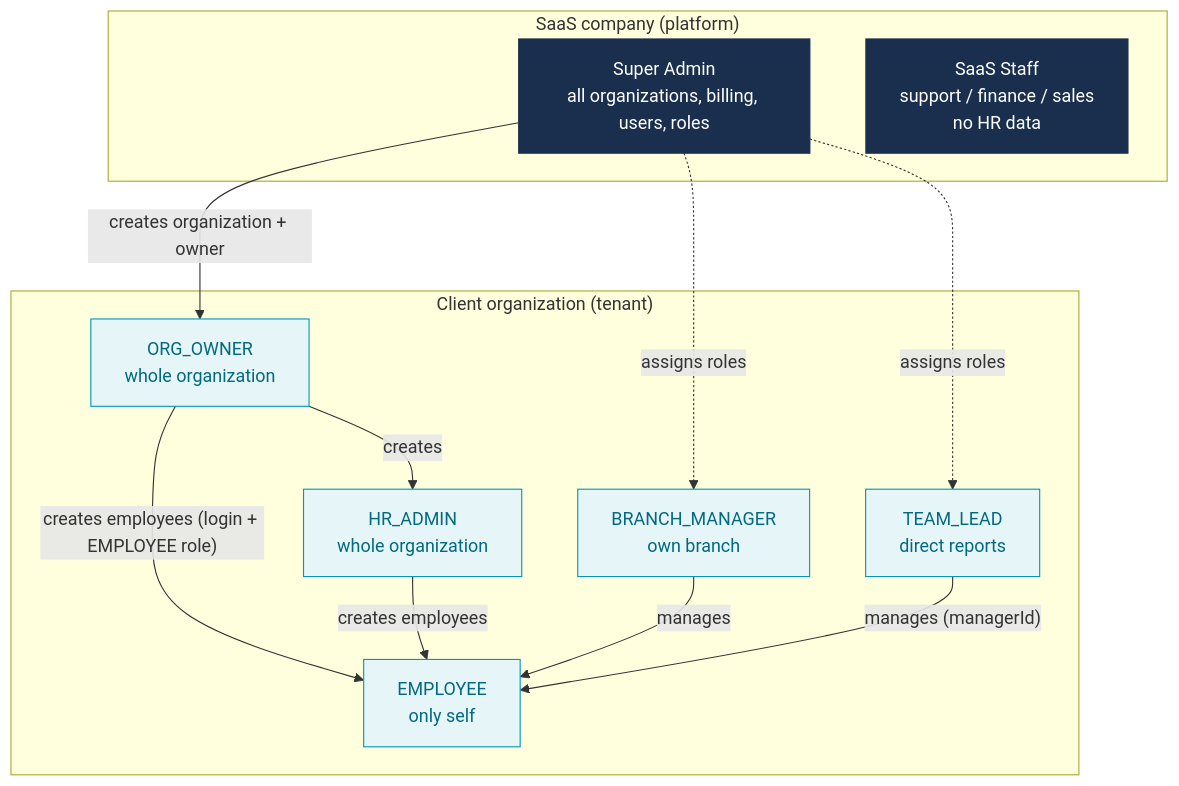
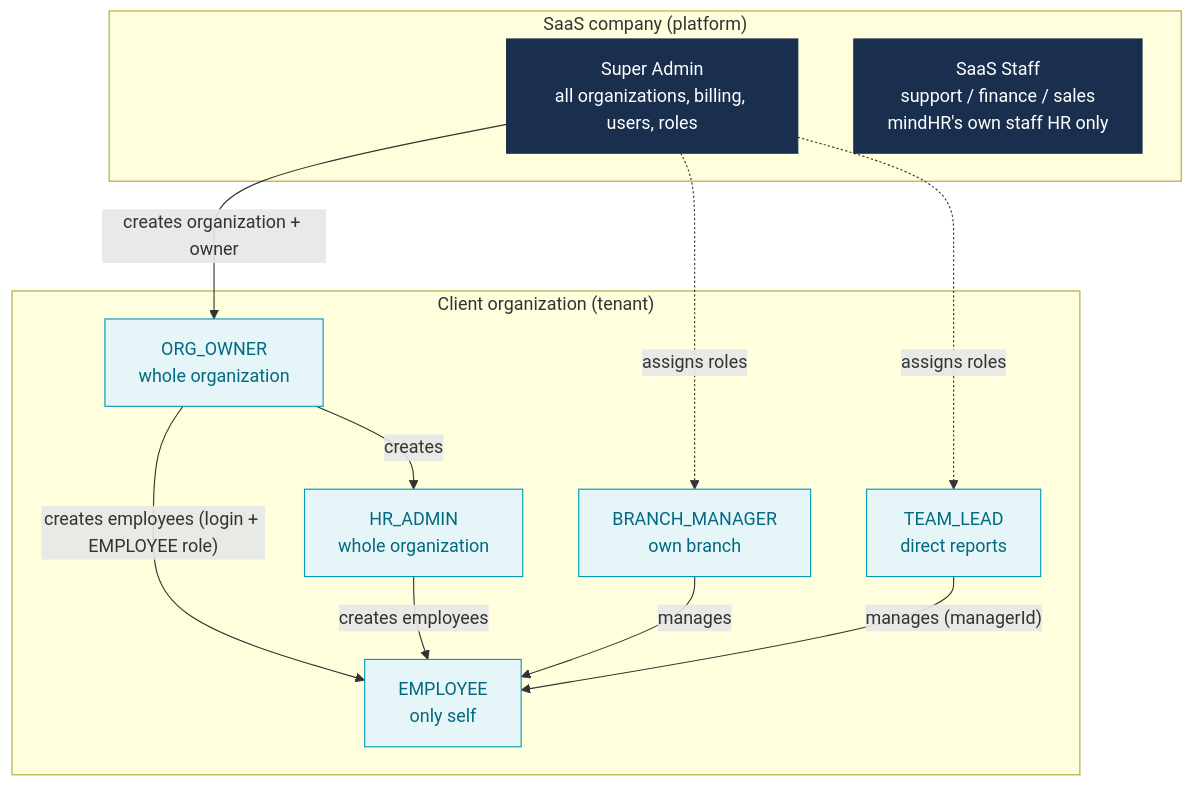
The first of 11 diagrams in docs/USER_FLOWS.md (mosfeqanik/mindHr), drawn with Mermaid before and after one commit. The commit also changed other lines of this file and 46 other files, not shown here.

````diff
--- a/docs/USER_FLOWS.md
+++ b/docs/USER_FLOWS.md
@@ -26,29 +26,29 @@
 ```mermaid
 flowchart TB
     subgraph SAAS["SaaS company (platform)"]
         SA["Super Admin<br/>all organizations, billing, users, roles"]
-        ST["SaaS Staff<br/>support / finance / sales<br/>no HR data"]
+        ST["SaaS Staff<br/>support / finance / sales<br/>mindHR's own staff HR only"]
     end
 
     subgraph ORG["Client organization (tenant)"]
         OW["ORG_OWNER<br/>whole organization"]
         HR["HR_ADMIN<br/>whole organization"]
         BM["BRANCH_MANAGER<br/>own branch"]
         TL["TEAM_LEAD<br/>direct reports"]
         EM["EMPLOYEE<br/>only self"]
     end
 
     SA -- creates organization + owner --> OW
     OW -- creates --> HR
     OW -- "creates employees (login + EMPLOYEE role)" --> EM
     HR -- creates employees --> EM
     SA -. assigns roles .-> BM
     SA -. assigns roles .-> TL
     BM -- manages --> EM
     TL -- "manages (managerId)" --> EM
 
     classDef saas fill:#1a2f4e,color:#fff,stroke:#1a2f4e
     classDef org fill:#e6f5f8,color:#026a80,stroke:#0298b6
     class SA,ST saas
     class OW,HR,BM,TL,EM org
 ```
````
